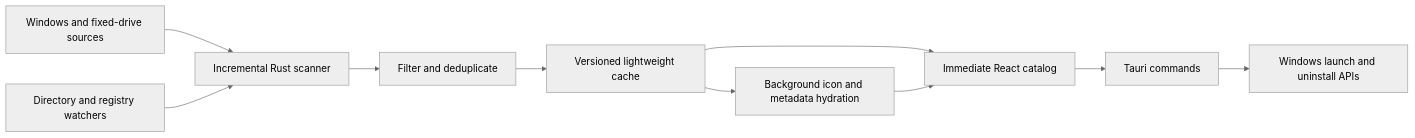
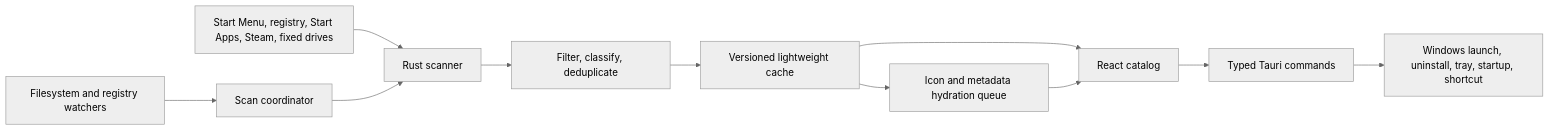
One commit to keskiyo/WindowsApps changed the diagram in Documentation.md. Above: the diagram before and after it, drawn with Mermaid (neutral theme). The commit also changed other lines of this file and 3 other files, not shown here.

````diff
--- a/Documentation.md
+++ b/Documentation.md
@@ -30,12 +42,13 @@
 ```mermaid
 flowchart LR
-  Sources["Windows and fixed-drive sources"] --> Scanner["Incremental Rust scanner"]
-  Watchers["Directory and registry watchers"] --> Scanner
-  Scanner --> Sanitize["Filter and deduplicate"]
-  Sanitize --> Cache["Versioned lightweight cache"]
-  Cache --> UI["Immediate React catalog"]
-  Cache --> Hydration["Background icon and metadata hydration"]
+  Sources["Start Menu, registry, Start Apps, Steam, fixed drives"] --> Scanner["Rust scanner"]
+  Watchers["Filesystem and registry watchers"] --> Coordinator["Scan coordinator"]
+  Coordinator --> Scanner
+  Scanner --> Clean["Filter, classify, deduplicate"]
+  Clean --> Cache["Versioned lightweight cache"]
+  Cache --> UI["React catalog"]
+  Cache --> Hydration["Icon and metadata hydration queue"]
   Hydration --> UI
-  UI --> Native["Tauri commands"]
-  Native --> Windows["Windows launch and uninstall APIs"]
+  UI --> IPC["Typed Tauri commands"]
+  IPC --> Native["Windows launch, uninstall, tray, startup, shortcut"]
 ```
````
